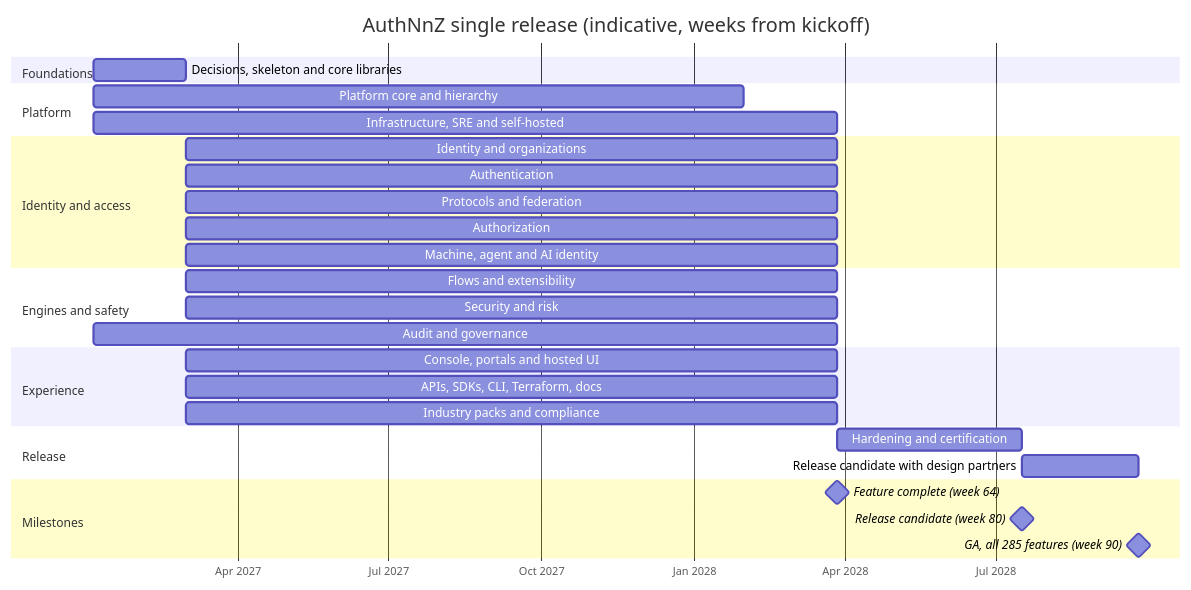
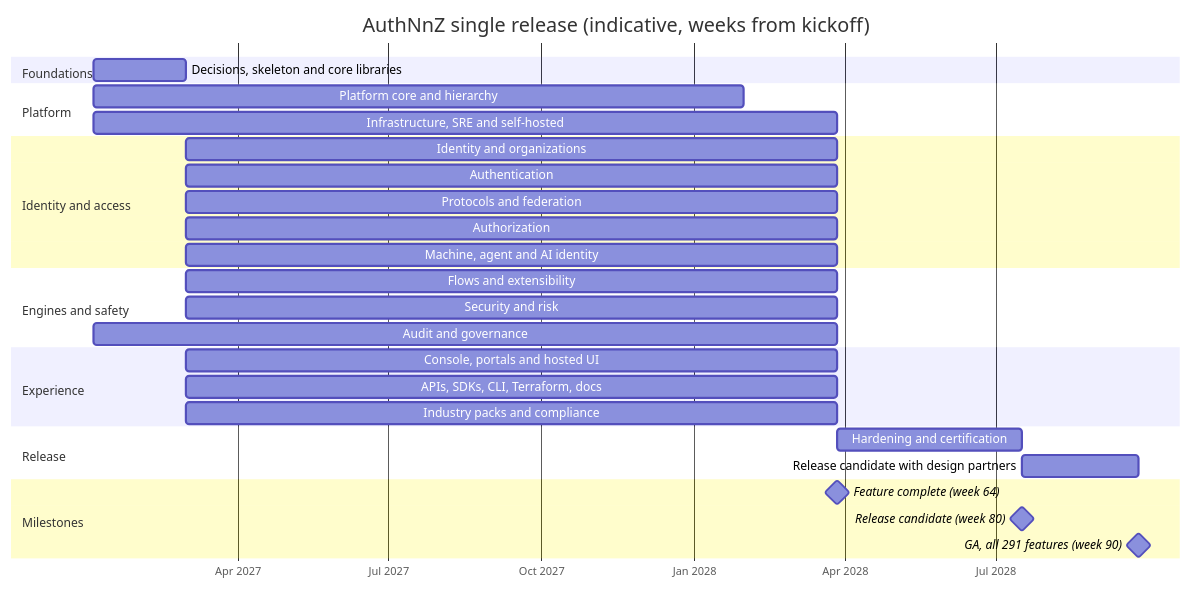
Before and after one commit to antonyrejith/AuthNnZ: the diagram in docs/plan/05-roadmap-and-delivery.md, drawn with Mermaid. The commit also changed other lines of this file and 8 other files, not shown here.

````diff
--- a/docs/plan/05-roadmap-and-delivery.md
+++ b/docs/plan/05-roadmap-and-delivery.md
@@ -37,32 +37,32 @@
 ```mermaid
 gantt
     title AuthNnZ single release (indicative, weeks from kickoff)
     dateFormat YYYY-MM-DD
     axisFormat %b %Y
     section Foundations
     Decisions, skeleton and core libraries :f, 2027-01-04, 8w
     section Platform
     Platform core and hierarchy          :2027-01-04, 56w
     Infrastructure, SRE and self-hosted  :2027-01-04, 64w
     section Identity and access
     Identity and organizations           :2027-03-01, 56w
     Authentication                       :2027-03-01, 56w
     Protocols and federation             :2027-03-01, 56w
     Authorization                        :2027-03-01, 56w
     Machine, agent and AI identity       :2027-03-01, 56w
     section Engines and safety
     Flows and extensibility              :2027-03-01, 56w
     Security and risk                    :2027-03-01, 56w
     Audit and governance                 :2027-01-04, 64w
     section Experience
     Console, portals and hosted UI       :2027-03-01, 56w
     APIs, SDKs, CLI, Terraform, docs     :2027-03-01, 56w
     Industry packs and compliance        :2027-03-01, 56w
     section Release
     Hardening and certification          :h, 2028-03-27, 16w
     Release candidate with design partners :rc, 2028-07-17, 10w
     section Milestones
     Feature complete (week 64)           :milestone, 2028-03-27, 0d
     Release candidate (week 80)          :milestone, 2028-07-17, 0d
-    GA, all 285 features (week 90)       :milestone, 2028-09-25, 0d
+    GA, all 291 features (week 90)       :milestone, 2028-09-25, 0d
 ```
````
